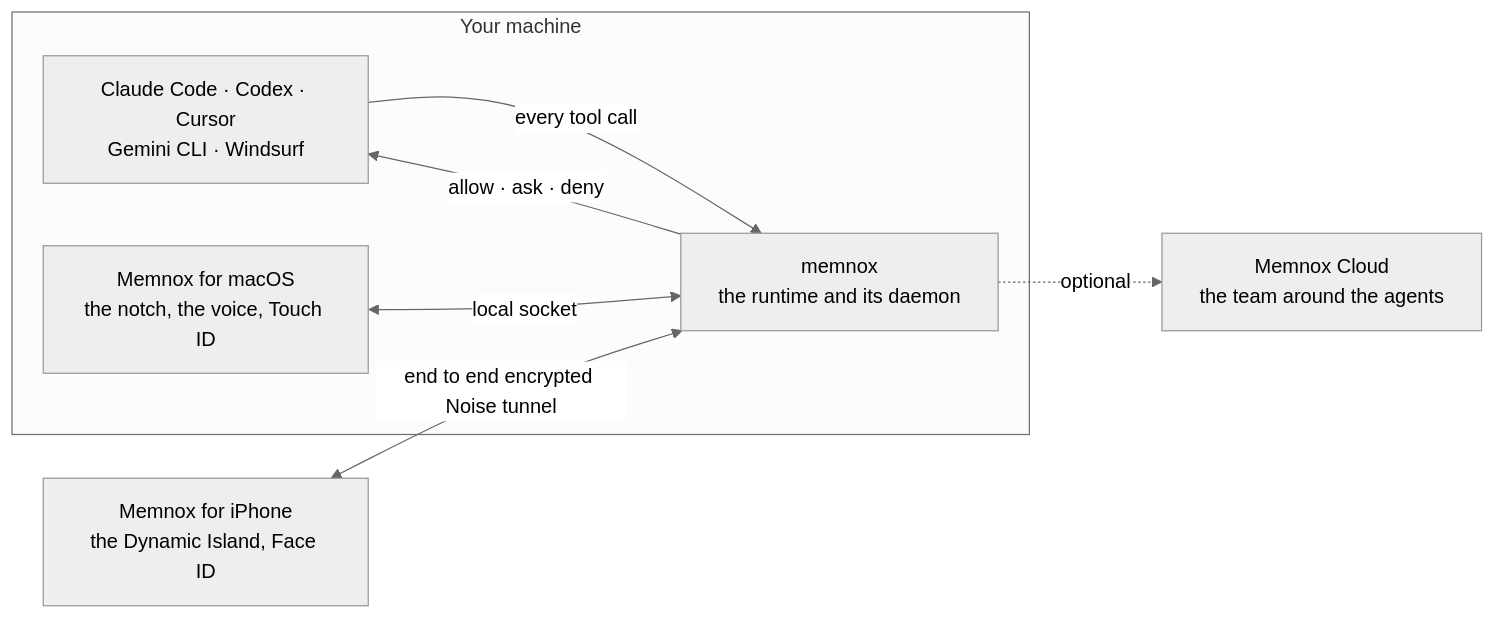
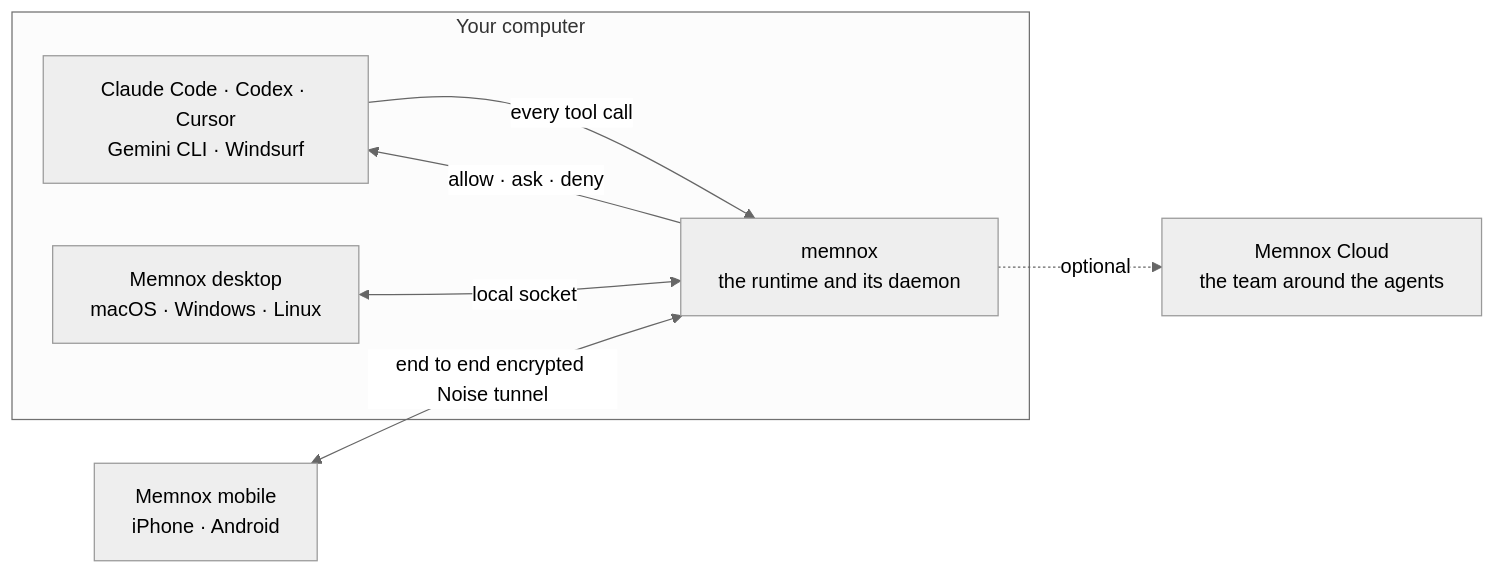
Before and after one commit to Memnox/.github: the diagram in profile/README.md, drawn with Mermaid (neutral theme). The commit also changed other lines of this file, not shown here.

Commit message:
docs: bring the org profile up to date with desktop, mobile and five platforms

````diff
--- a/profile/README.md
+++ b/profile/README.md
@@ -56,15 +95,15 @@
 ```mermaid
 flowchart LR
-    subgraph mac["Your machine"]
+    subgraph mac["Your computer"]
         agents["Claude Code · Codex · Cursor<br/>Gemini CLI · Windsurf"]
         runtime["memnox<br/>the runtime and its daemon"]
-        voice["Memnox for macOS<br/>the notch, the voice, Touch ID"]
+        desk["Memnox desktop<br/>macOS · Windows · Linux"]
         agents -- "every tool call" --> runtime
         runtime -- "allow · ask · deny" --> agents
-        voice <-- "local socket" --> runtime
+        desk <-- "local socket" --> runtime
     end
-    phone["Memnox for iPhone<br/>the Dynamic Island, Face ID"]
+    phone["Memnox mobile<br/>iPhone · Android"]
     cloud["Memnox Cloud<br/>the team around the agents"]
     phone <-- "end to end encrypted Noise tunnel" --> runtime
     runtime -. "optional" .-> cloud
 ```
````
